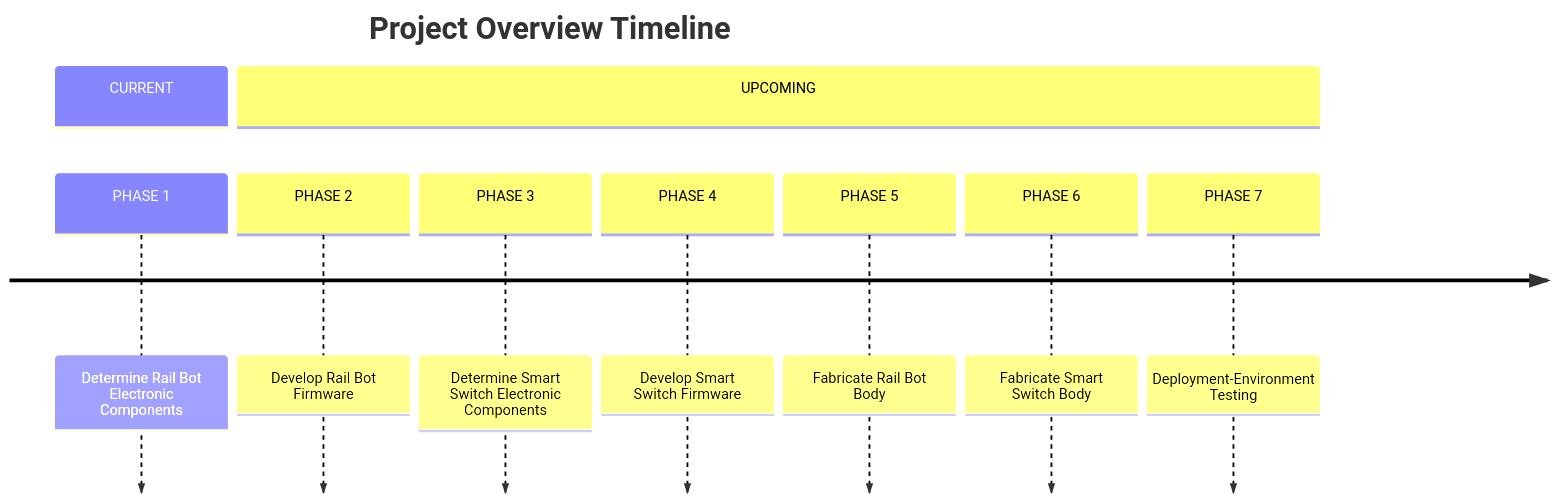
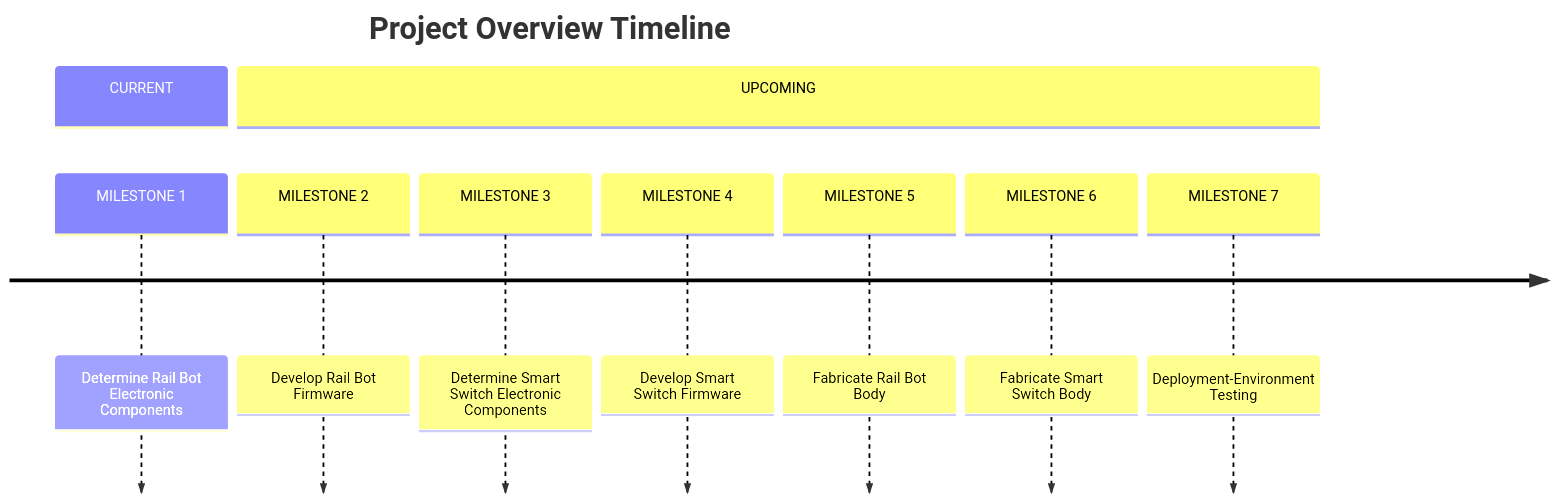
One commit to Dmitri-Viggo-Barks/ShadeGlide changed the diagram in README.md. Above: the diagram before and after it, drawn with Mermaid. The commit also changed other lines of this file, not shown here.

First line of the commit message:
docs(repo): Rename Project Roadmap to Project Milestones

````diff
--- a/README.md
+++ b/README.md
@@ -153,13 +153,13 @@
 ```mermaid
 timeline
     title Project Overview Timeline
     section CURRENT
-        PHASE 1 : Determine Rail Bot Electronic Components
+        MILESTONE 1 : Determine Rail Bot Electronic Components
     section UPCOMING
-        PHASE 2 : Develop Rail Bot Firmware
-        PHASE 3 : Determine Smart Switch Electronic Components
-        PHASE 4 : Develop Smart Switch Firmware
-        PHASE 5 : Fabricate Rail Bot Body
-        PHASE 6 : Fabricate Smart Switch Body
-        PHASE 7 : Deployment-Environment Testing
+        MILESTONE 2 : Develop Rail Bot Firmware
+        MILESTONE 3 : Determine Smart Switch Electronic Components
+        MILESTONE 4 : Develop Smart Switch Firmware
+        MILESTONE 5 : Fabricate Rail Bot Body
+        MILESTONE 6 : Fabricate Smart Switch Body
+        MILESTONE 7 : Deployment-Environment Testing
 ```
````
